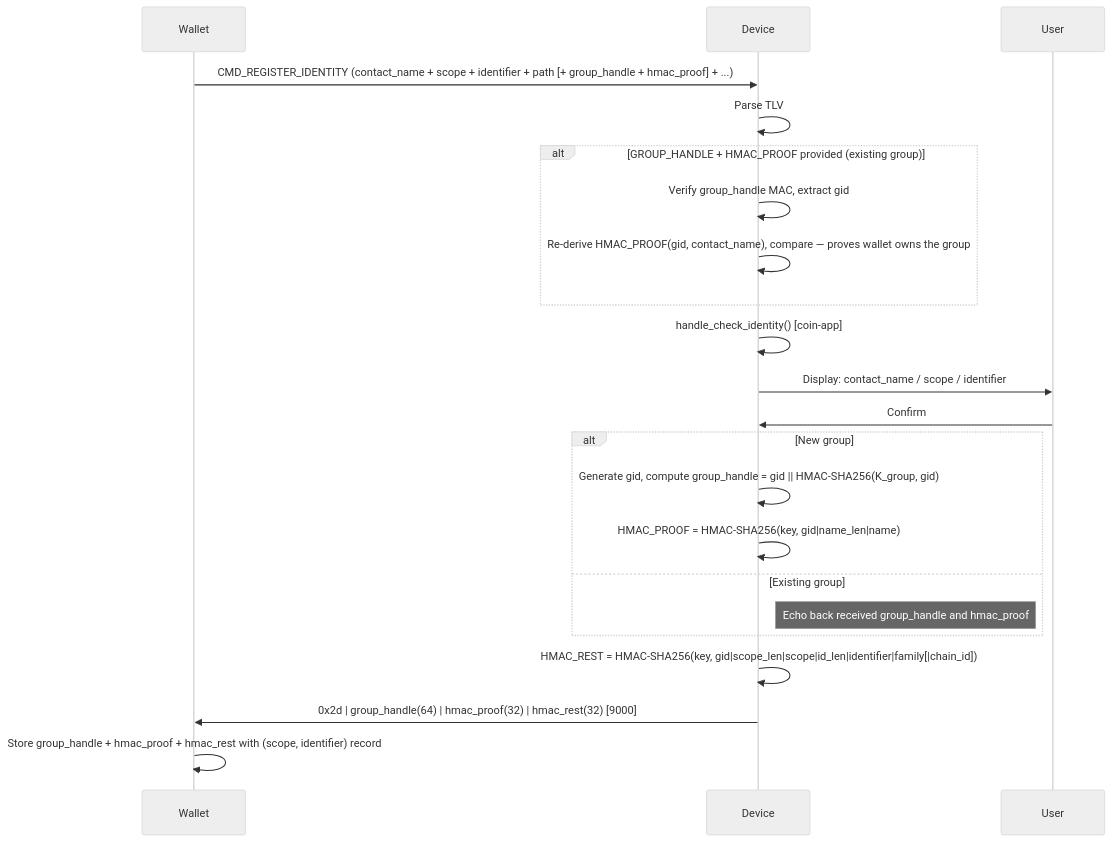
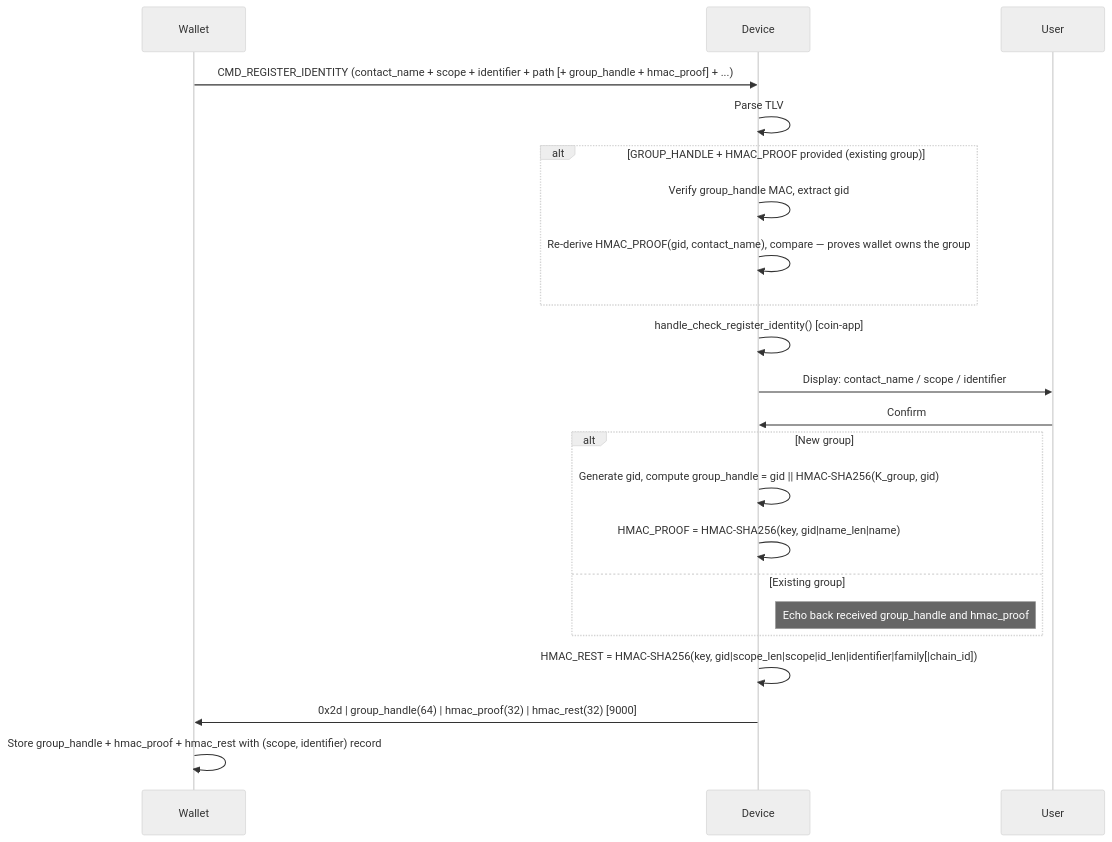
The third of 10 diagrams in app_features/address_book/doc/address_book_spec.md (LedgerHQ/ledger-secure-sdk), drawn with Mermaid (neutral theme) before and after one commit. The commit also changed other lines of this file, not shown here.

````diff
--- a/app_features/address_book/doc/address_book_spec.md
+++ b/app_features/address_book/doc/address_book_spec.md
@@ -288,25 +288,22 @@
 ```mermaid
 sequenceDiagram
-    participant W as Wallet
-    participant D as Device
-    participant U as User
 
-    W->>D: CMD_REGISTER_IDENTITY (contact_name + scope + identifier + path [+ group_handle + hmac_proof] + ...)
-    D->>D: Parse TLV
+    Wallet->>Device: CMD_REGISTER_IDENTITY (contact_name + scope + identifier + path [+ group_handle + hmac_proof] + ...)
+    Device->>Device: Parse TLV
     alt GROUP_HANDLE + HMAC_PROOF provided (existing group)
-        D->>D: Verify group_handle MAC, extract gid
-        D->>D: Re-derive HMAC_PROOF(gid, contact_name), compare — proves wallet owns the group
+        Device->>Device: Verify group_handle MAC, extract gid
+        Device->>Device: Re-derive HMAC_PROOF(gid, contact_name), compare — proves wallet owns the group
     end
-    D->>D: handle_check_identity() [coin-app]
-    D->>U: Display: contact_name / scope / identifier
-    U->>D: Confirm
+    Device->>Device: handle_check_register_identity() [coin-app]
+    Device->>User: Display: contact_name / scope / identifier
+    User->>Device: Confirm
     alt New group
-        D->>D: Generate gid, compute group_handle = gid || HMAC-SHA256(K_group, gid)
-        D->>D: HMAC_PROOF = HMAC-SHA256(key, gid|name_len|name)
+        Device->>Device: Generate gid, compute group_handle = gid || HMAC-SHA256(K_group, gid)
+        Device->>Device: HMAC_PROOF = HMAC-SHA256(key, gid|name_len|name)
     else Existing group
-        Note right of D: Echo back received group_handle and hmac_proof
+        Note right of Device: Echo back received group_handle and hmac_proof
     end
-    D->>D: HMAC_REST = HMAC-SHA256(key, gid|scope_len|scope|id_len|identifier|family[|chain_id])
-    D->>W: 0x2d | group_handle(64) | hmac_proof(32) | hmac_rest(32)  [9000]
-    W->>W: Store group_handle + hmac_proof + hmac_rest with (scope, identifier) record
+    Device->>Device: HMAC_REST = HMAC-SHA256(key, gid|scope_len|scope|id_len|identifier|family[|chain_id])
+    Device->>Wallet: 0x2d | group_handle(64) | hmac_proof(32) | hmac_rest(32)  [9000]
+    Wallet->>Wallet: Store group_handle + hmac_proof + hmac_rest with (scope, identifier) record
 ```
````
